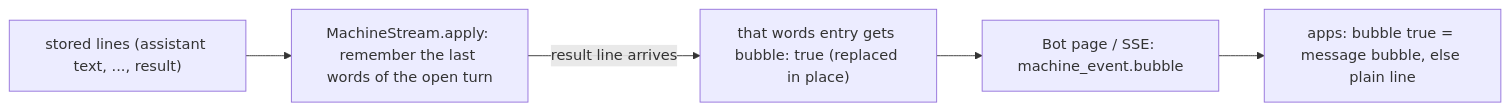
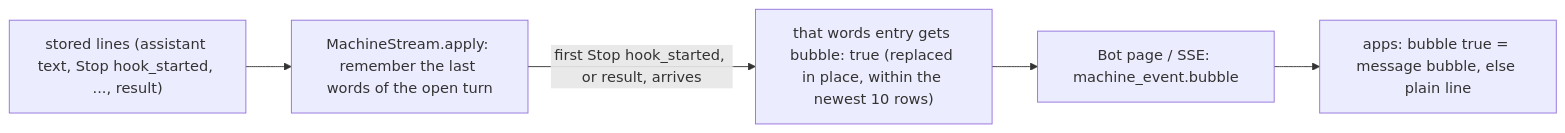
One commit to kitepon/BellTeam changed the fourth of 11 diagrams in docs/architecture/modules/conversation/machine-stream.md. Above: the diagram before and after it, drawn with Mermaid. The commit also changed other lines of this file and 2 other files, not shown here.

Commit message:
a471-final-not-bubble: mark the answer bubble at the first Stop hook line, not only at the result
The result comes after the Stop hooks (11 rows), beyond the clients' newest-10 re-read, so the in-place bubble mark never reached an open chat.

````diff
--- a/docs/architecture/modules/conversation/machine-stream.md
+++ b/docs/architecture/modules/conversation/machine-stream.md
@@ -220,7 +221,7 @@
 ```mermaid
 flowchart LR
-  Lines["stored lines (assistant text, ..., result)"] --> Apply["MachineStream.apply: remember the last words of the open turn"]
-  Apply -->|"result line arrives"| Mark["that words entry gets bubble: true (replaced in place)"]
+  Lines["stored lines (assistant text, Stop hook_started, ..., result)"] --> Apply["MachineStream.apply: remember the last words of the open turn"]
+  Apply -->|"first Stop hook_started, or result, arrives"| Mark["that words entry gets bubble: true (replaced in place, within the newest 10 rows)"]
   Mark --> Page["Bot page / SSE: machine_event.bubble"]
   Page --> Apps["apps: bubble true = message bubble, else plain line"]
 ```
````
